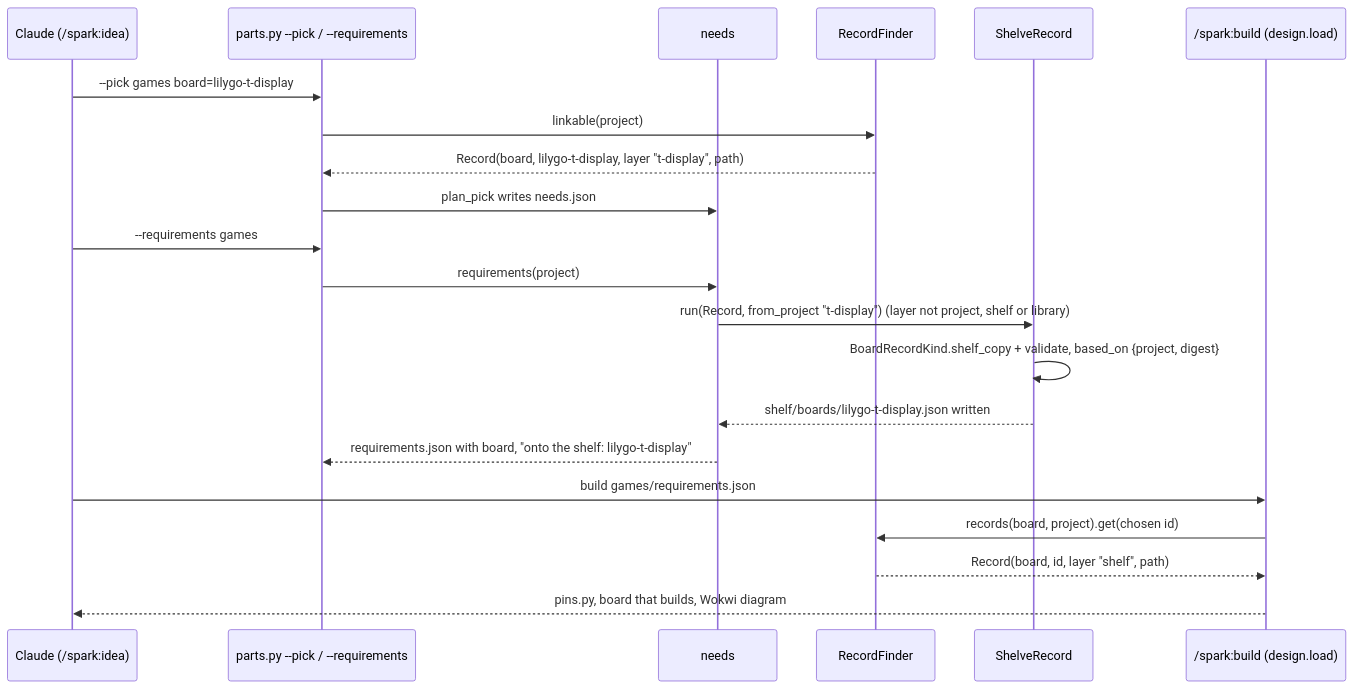
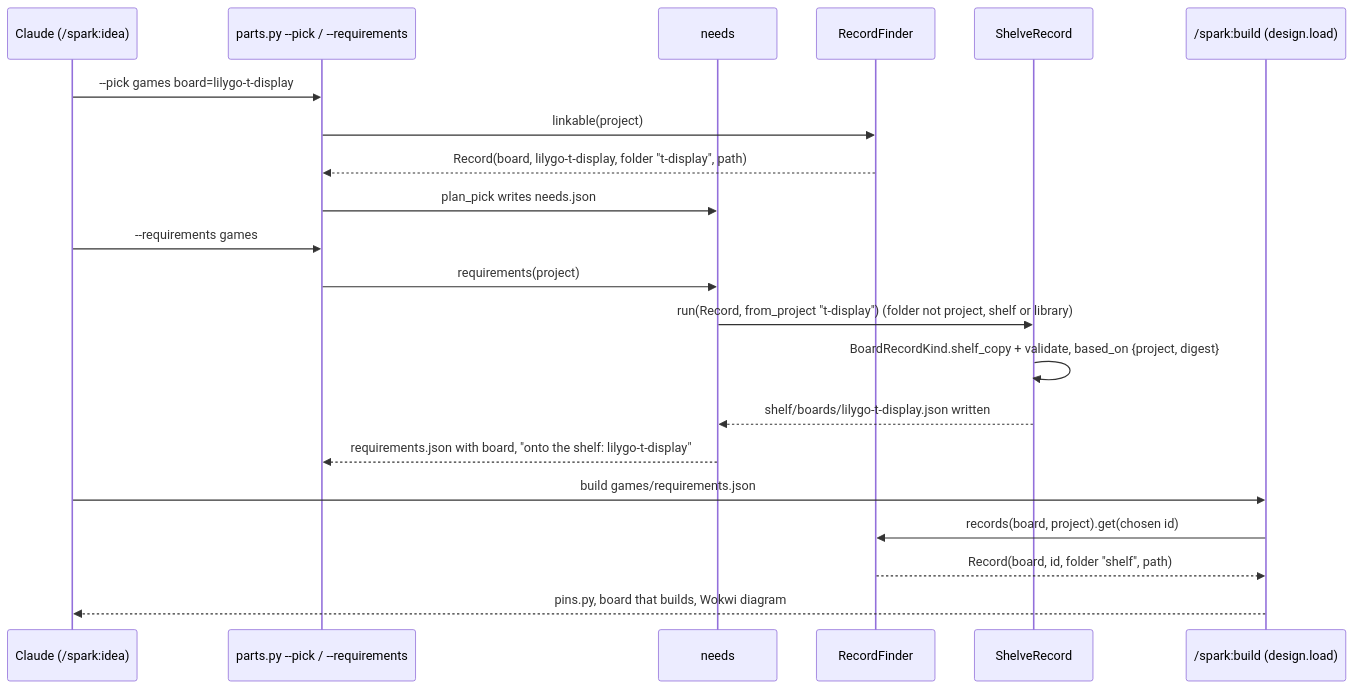
Before and after one commit to xmejkal/spark: the second of 2 diagrams in docs/discovery/2026-10-22-p391-boards-as-modules/design.md, drawn with Mermaid. The commit also changed other lines of this file and 13 other files, not shown here.

````diff
--- a/docs/discovery/2026-10-22-p391-boards-as-modules/design.md
+++ b/docs/discovery/2026-10-22-p391-boards-as-modules/design.md
@@ -138,23 +138,23 @@
 ```mermaid
 sequenceDiagram
   participant C as Claude (/spark:idea)
   participant P as parts.py --pick / --requirements
   participant N as needs
   participant F as RecordFinder
   participant S as ShelveRecord
   participant B as /spark:build (design.load)
   C->>P: --pick games board=lilygo-t-display
   P->>F: linkable(project)
-  F-->>P: Record(board, lilygo-t-display, layer "t-display", path)
+  F-->>P: Record(board, lilygo-t-display, folder "t-display", path)
   P->>N: plan_pick writes needs.json
   C->>P: --requirements games
   P->>N: requirements(project)
-  N->>S: run(Record, from_project "t-display") (layer not project, shelf or library)
+  N->>S: run(Record, from_project "t-display") (folder not project, shelf or library)
   S->>S: BoardRecordKind.shelf_copy + validate, based_on {project, digest}
   S-->>N: shelf/boards/lilygo-t-display.json written
   N-->>P: requirements.json with board, "onto the shelf: lilygo-t-display"
   C->>B: build games/requirements.json
   B->>F: records(board, project).get(chosen id)
-  F-->>B: Record(board, id, layer "shelf", path)
+  F-->>B: Record(board, id, folder "shelf", path)
   B-->>C: pins.py, board that builds, Wokwi diagram
 ```
````
